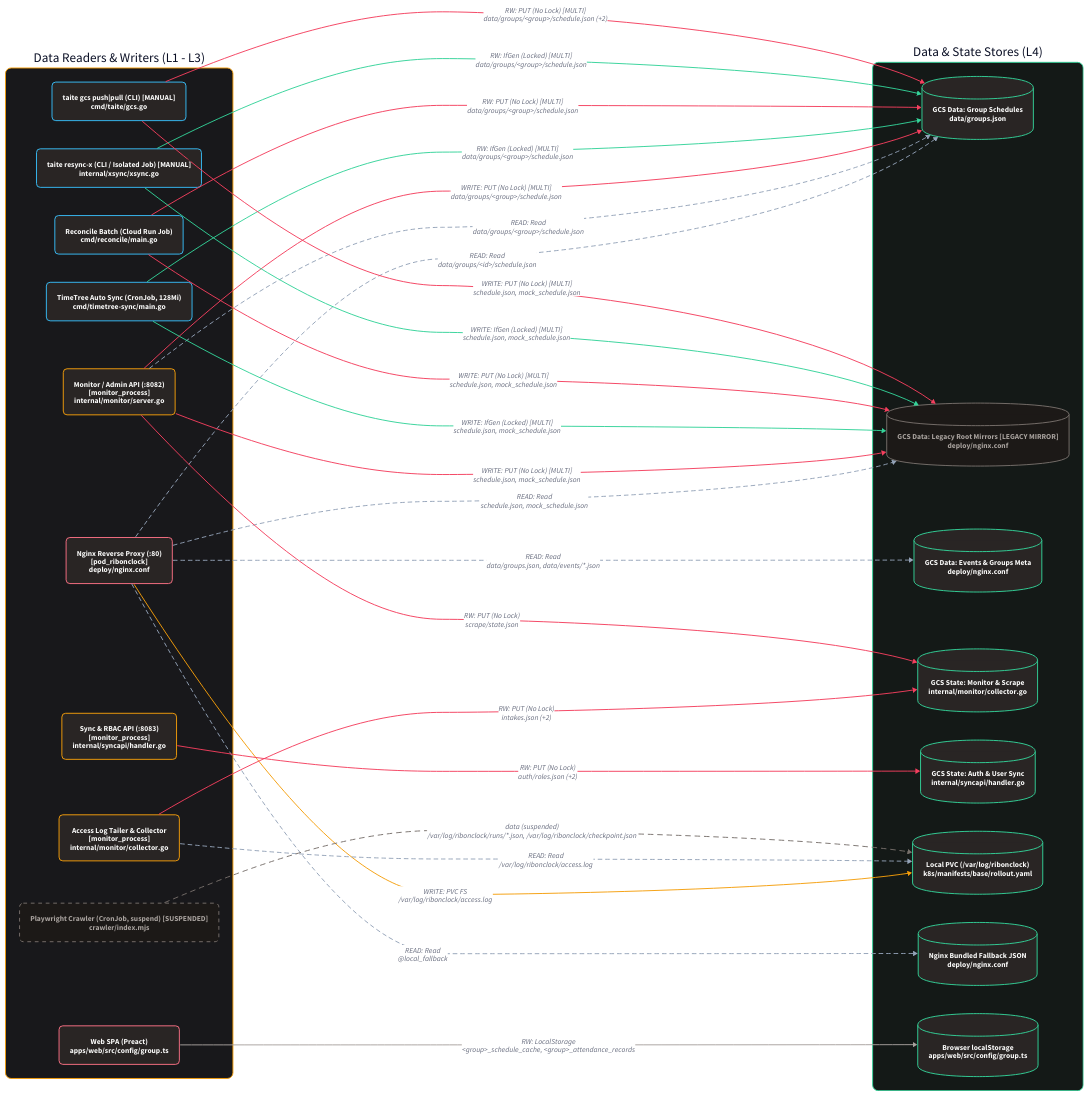
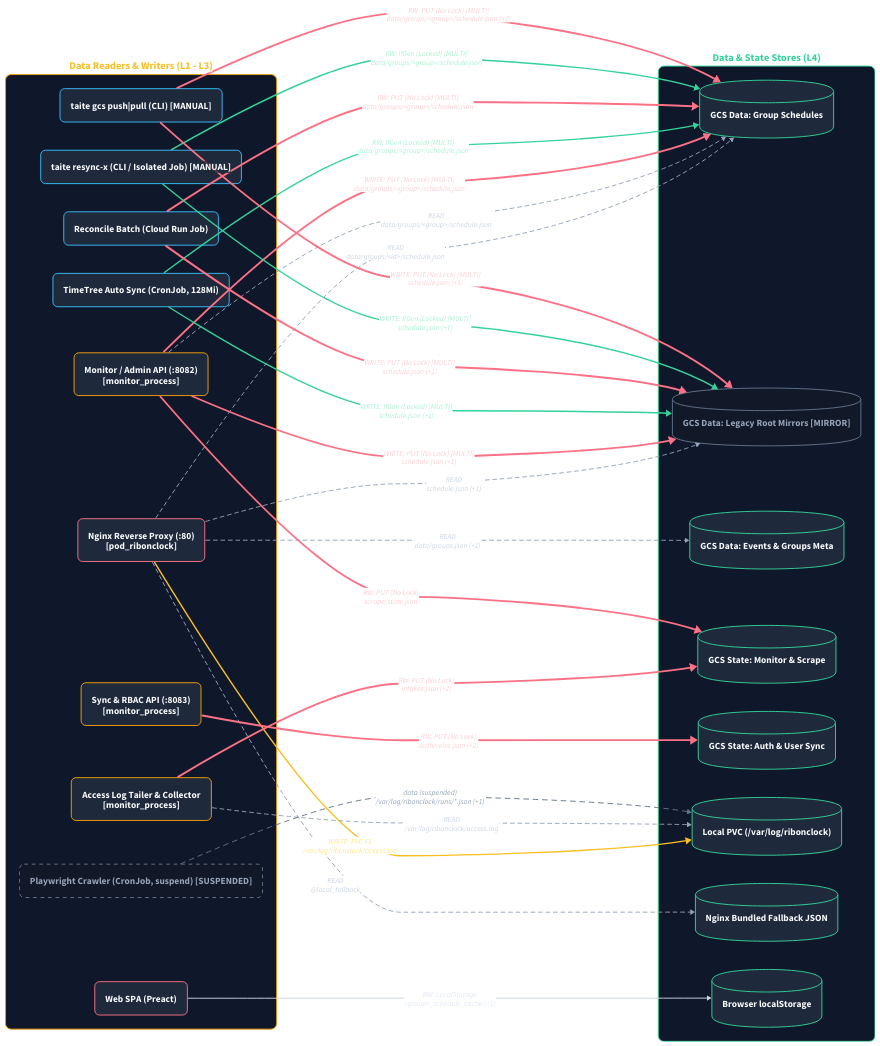
Before and after one commit to AobaIwaki123/taite-board: the diagram in docs/graph-dataflow.d2, drawn with D2. The commit also changed 6 other files, not shown here.

```diff
--- a/docs/graph-dataflow.d2
+++ b/docs/graph-dataflow.d2
@@ -2,224 +2,343 @@
 direction: right
 
 actors: "Data Readers & Writers (L1 - L3)" {
-  style.fill: "#18181b"
+  style.fill: "#0f172a"
   style.stroke: "#f59e0b"
+  style.stroke-width: 2
+  style.font-size: 22
+  style.bold: true
+  style.font-color: "#fbbf24"
   style.border-radius: 12
-  web_spa: "Web SPA (Preact)\napps/web/src/config/group.ts" {
+  web_spa: "Web SPA (Preact)" {
     shape: rectangle
-    style.border-radius: 8
-    style.fill: "#292524"
+    style.border-radius: 10
+    style.stroke-width: 2
+    style.font-size: 20
+    style.bold: true
+    style.fill: "#1e293b"
     style.stroke: "#fb7185"
-    style.font-color: "#fafaf9"
+    style.font-color: "#f8fafc"
   }
-  nginx_proxy: "Nginx Reverse Proxy (:80)\n[pod_ribonclock]\ndeploy/nginx.conf" {
+  nginx_proxy: "Nginx Reverse Proxy (:80)\n[pod_ribonclock]" {
     shape: rectangle
-    style.border-radius: 8
-    style.fill: "#292524"
+    style.border-radius: 10
+    style.stroke-width: 2
+    style.font-size: 20
+    style.bold: true
+    style.fill: "#1e293b"
     style.stroke: "#fb7185"
-    style.font-color: "#fafaf9"
+    style.font-color: "#f8fafc"
   }
-  monitor_api: "Monitor / Admin API (:8082)\n[monitor_process]\ninternal/monitor/server.go" {
+  monitor_api: "Monitor / Admin API (:8082)\n[monitor_process]" {
     shape: rectangle
-    style.border-radius: 8
-    style.fill: "#292524"
+    style.border-radius: 10
+    style.stroke-width: 2
+    style.font-size: 20
+    style.bold: true
+    style.fill: "#1e293b"
     style.stroke: "#f59e0b"
-    style.font-color: "#fafaf9"
+    style.font-color: "#f8fafc"
   }
-  sync_api: "Sync & RBAC API (:8083)\n[monitor_process]\ninternal/syncapi/handler.go" {
+  sync_api: "Sync & RBAC API (:8083)\n[monitor_process]" {
     shape: rectangle
-    style.border-radius: 8
-    style.fill: "#292524"
+    style.border-radius: 10
+    style.stroke-width: 2
+    style.font-size: 20
+    style.bold: true
+    style.fill: "#1e293b"
     style.stroke: "#f59e0b"
-    style.font-color: "#fafaf9"
+    style.font-color: "#f8fafc"
   }
-  log_tailer: "Access Log Tailer & Collector\n[monitor_process]\ninternal/monitor/collector.go" {
+  log_tailer: "Access Log Tailer & Collector\n[monitor_process]" {
     shape: rectangle
-    style.border-radius: 8
-    style.fill: "#292524"
+    style.border-radius: 10
+    style.stroke-width: 2
+    style.font-size: 20
+    style.bold: true
+    style.fill: "#1e293b"
     style.stroke: "#f59e0b"
-    style.font-color: "#fafaf9"
+    style.font-color: "#f8fafc"
   }
-  timetree_sync: "TimeTree Auto Sync (CronJob, 128Mi)\ncmd/timetree-sync/main.go" {
+  timetree_sync: "TimeTree Auto Sync (CronJob, 128Mi)" {
     shape: rectangle
-    style.border-radius: 8
-    style.fill: "#292524"
+    style.border-radius: 10
+    style.stroke-width: 2
+    style.font-size: 20
+    style.bold: true
+    style.fill: "#1e293b"
     style.stroke: "#38bdf8"
-    style.font-color: "#fafaf9"
+    style.font-color: "#f8fafc"
   }
-  taite_reconcile: "Reconcile Batch (Cloud Run Job)\ncmd/reconcile/main.go" {
+  taite_reconcile: "Reconcile Batch (Cloud Run Job)" {
     shape: rectangle
-    style.border-radius: 8
-    style.fill: "#292524"
+    style.border-radius: 10
+    style.stroke-width: 2
+    style.font-size: 20
+    style.bold: true
+    style.fill: "#1e293b"
     style.stroke: "#38bdf8"
-    style.font-color: "#fafaf9"
+    style.font-color: "#f8fafc"
   }
-  taite_resync_x: "taite resync-x (CLI / Isolated Job) [MANUAL]\ninternal/xsync/xsync.go" {
+  taite_resync_x: "taite resync-x (CLI / Isolated Job) [MANUAL]" {
     shape: rectangle
-    style.border-radius: 8
-    style.fill: "#292524"
+    style.border-radius: 10
+    style.stroke-width: 2
+    style.font-size: 20
+    style.bold: true
+    style.fill: "#1e293b"
     style.stroke: "#38bdf8"
-    style.font-color: "#fafaf9"
+    style.font-color: "#f8fafc"
   }
-  taite_gcs_cli: "taite gcs push|pull (CLI) [MANUAL]\ncmd/taite/gcs.go" {
+  taite_gcs_cli: "taite gcs push|pull (CLI) [MANUAL]" {
     shape: rectangle
-    style.border-radius: 8
-    style.fill: "#292524"
+    style.border-radius: 10
+    style.stroke-width: 2
+    style.font-size: 20
+    style.bold: true
+    style.fill: "#1e293b"
     style.stroke: "#38bdf8"
-    style.font-color: "#fafaf9"
+    style.font-color: "#f8fafc"
   }
-  crawler_cron: "Playwright Crawler (CronJob, suspend) [SUSPENDED]\ncrawler/index.mjs" {
+  crawler_cron: "Playwright Crawler (CronJob, suspend) [SUSPENDED]" {
     shape: rectangle
-    style.border-radius: 8
-    style.fill: "#1c1917"
-    style.stroke: "#78716c"
-    style.font-color: "#a8a29e"
+    style.border-radius: 10
+    style.stroke-width: 2
+    style.font-size: 20
+    style.bold: true
+    style.fill: "#111827"
+    style.stroke: "#64748b"
+    style.font-color: "#94a3b8"
     style.stroke-dash: 4
   }
 }
 
 stores: "Data & State Stores (L4)" {
-  style.fill: "#141917"
+  style.fill: "#0f172a"
   style.stroke: "#34d399"
+  style.stroke-width: 2
+  style.font-size: 22
+  style.bold: true
+  style.font-color: "#34d399"
   style.border-radius: 12
-  gcs_data_groups: "GCS Data: Group Schedules\ndata/groups.json" {
+  gcs_data_groups: "GCS Data: Group Schedules" {
     shape: cylinder
-    style.border-radius: 8
-    style.fill: "#292524"
+    style.border-radius: 10
+    style.stroke-width: 2
+    style.font-size: 20
+    style.bold: true
+    style.fill: "#1e293b"
     style.stroke: "#34d399"
-    style.font-color: "#fafaf9"
+    style.font-color: "#f8fafc"
   }
-  gcs_data_mirrors: "GCS Data: Legacy Root Mirrors [LEGACY MIRROR]\ndeploy/nginx.conf" {
+  gcs_data_mirrors: "GCS Data: Legacy Root Mirrors [MIRROR]" {
     shape: cylinder
-    style.border-radius: 8
-    style.fill: "#1c1917"
-    style.stroke: "#78716c"
-    style.font-color: "#a8a29e"
+    style.border-radius: 10
+    style.stroke-width: 2
+    style.font-size: 20
+    style.bold: true
+    style.fill: "#111827"
+    style.stroke: "#64748b"
+    style.font-color: "#94a3b8"
   }
-  gcs_data_events: "GCS Data: Events & Groups Meta\ndeploy/nginx.conf" {
+  gcs_data_events: "GCS Data: Events & Groups Meta" {
     shape: cylinder
-    style.border-radius: 8
-    style.fill: "#292524"
+    style.border-radius: 10
+    style.stroke-width: 2
+    style.font-size: 20
+    style.bold: true
+    style.fill: "#1e293b"
     style.stroke: "#34d399"
-    style.font-color: "#fafaf9"
+    style.font-color: "#f8fafc"
   }
-  gcs_state_monitor: "GCS State: Monitor & Scrape\ninternal/monitor/collector.go" {
+  gcs_state_monitor: "GCS State: Monitor & Scrape" {
     shape: cylinder
-    style.border-radius: 8
-    style.fill: "#292524"
+    style.border-radius: 10
+    style.stroke-width: 2
+    style.font-size: 20
+    style.bold: true
+    style.fill: "#1e293b"
     style.stroke: "#34d399"
-    style.font-color: "#fafaf9"
+    style.font-color: "#f8fafc"
   }
-  gcs_state_auth: "GCS State: Auth & User Sync\ninternal/syncapi/handler.go" {
+  gcs_state_auth: "GCS State: Auth & User Sync" {
     shape: cylinder
-    style.border-radius: 8
-    style.fill: "#292524"
+    style.border-radius: 10
+    style.stroke-width: 2
+    style.font-size: 20
+    style.bold: true
+    style.fill: "#1e293b"
     style.stroke: "#34d399"
-    style.font-color: "#fafaf9"
+    style.font-color: "#f8fafc"
   }
-  local_pvc: "Local PVC (/var/log/ribonclock)\nk8s/manifests/base/rollout.yaml" {
+  local_pvc: "Local PVC (/var/log/ribonclock)" {
     shape: cylinder
-    style.border-radius: 8
-    style.fill: "#292524"
+    style.border-radius: 10
+    style.stroke-width: 2
+    style.font-size: 20
+    style.bold: true
+    style.fill: "#1e293b"
     style.stroke: "#34d399"
-    style.font-color: "#fafaf9"
+    style.font-color: "#f8fafc"
   }
-  nginx_bundled_fallback: "Nginx Bundled Fallback JSON\ndeploy/nginx.conf" {
+  nginx_bundled_fallback: "Nginx Bundled Fallback JSON" {
     shape: cylinder
-    style.border-radius: 8
-    style.fill: "#292524"
+    style.border-radius: 10
+    style.stroke-width: 2
+    style.font-size: 20
+    style.bold: true
+    style.fill: "#1e293b"
     style.stroke: "#34d399"
-    style.font-color: "#fafaf9"
+    style.font-color: "#f8fafc"
   }
-  browser_local_storage: "Browser localStorage\napps/web/src/config/group.ts" {
+  browser_local_storage: "Browser localStorage" {
     shape: cylinder
-    style.border-radius: 8
-    style.fill: "#292524"
+    style.border-radius: 10
+    style.stroke-width: 2
+    style.font-size: 20
+    style.bold: true
+    style.fill: "#1e293b"
     style.stroke: "#34d399"
-    style.font-color: "#fafaf9"
+    style.font-color: "#f8fafc"
   }
 }
 
 # Store Access Edges (Actor -> Store)
-actors.web_spa -> stores.browser_local_storage: "RW: LocalStorage\n<group>_schedule_cache, <group>_attendance_records" {
-  style.stroke: "#a8a29e"
+actors.web_spa -> stores.browser_local_storage: "RW: LocalStorage\n<group>_schedule_cache (+1)" {
+  style.stroke: "#cbd5e1"
+  style.stroke-width: 2
+  style.font-size: 16
+  style.font-color: "#e2e8f0"
 }
-actors.nginx_proxy -> stores.gcs_data_groups: "READ: Read\ndata/groups/<id>/schedule.json" {
+actors.nginx_proxy -> stores.gcs_data_groups: "READ\ndata/groups/<id>/schedule.json" {
   style.stroke: "#94a3b8"
+  style.stroke-width: 2
+  style.font-size: 16
+  style.font-color: "#cbd5e1"
   style.stroke-dash: 4
 }
-actors.nginx_proxy -> stores.gcs_data_mirrors: "READ: Read\nschedule.json, mock_schedule.json" {
+actors.nginx_proxy -> stores.gcs_data_mirrors: "READ\nschedule.json (+1)" {
   style.stroke: "#94a3b8"
+  style.stroke-width: 2
+  style.font-size: 16
+  style.font-color: "#cbd5e1"
   style.stroke-dash: 4
 }
-actors.nginx_proxy -> stores.gcs_data_events: "READ: Read\ndata/groups.json, data/events/*.json" {
+actors.nginx_proxy -> stores.gcs_data_events: "READ\ndata/groups.json (+1)" {
   style.stroke: "#94a3b8"
+  style.stroke-width: 2
+  style.font-size: 16
+  style.font-color: "#cbd5e1"
   style.stroke-dash: 4
 }
-actors.nginx_proxy -> stores.nginx_bundled_fallback: "READ: Read\n@local_fallback" {
+actors.nginx_proxy -> stores.nginx_bundled_fallback: "READ\n@local_fallback" {
   style.stroke: "#94a3b8"
+  style.stroke-width: 2
+  style.font-size: 16
+  style.font-color: "#cbd5e1"
   style.stroke-dash: 4
 }
 actors.nginx_proxy -> stores.local_pvc: "WRITE: PVC FS\n/var/log/ribonclock/access.log" {
-  style.stroke: "#f59e0b"
+  style.stroke: "#fbbf24"
+  style.stroke-width: 3
+  style.font-size: 16
+  style.font-color: "#fde68a"
 }
-actors.log_tailer -> stores.local_pvc: "READ: Read\n/var/log/ribonclock/access.log" {
+actors.log_tailer -> stores.local_pvc: "READ\n/var/log/ribonclock/access.log" {
   style.stroke: "#94a3b8"
+  style.stroke-width: 2
+  style.font-size: 16
+  style.font-color: "#cbd5e1"
   style.stroke-dash: 4
 }
 actors.log_tailer -> stores.gcs_state_monitor: "RW: PUT (No Lock)\nintakes.json (+2)" {
-  style.stroke: "#f43f5e"
+  style.stroke: "#fb7185"
+  style.stroke-width: 4
+  style.font-size: 16
+  style.font-color: "#fecdd3"
+}
+actors.monitor_api -> stores.gcs_data_groups: "READ\ndata/groups/<group>/schedule.json" {
+  style.stroke: "#94a3b8"
   style.stroke-width: 2
-}
-actors.monitor_api -> stores.gcs_data_groups: "READ: Read\ndata/groups/<group>/schedule.json" {
-  style.stroke: "#94a3b8"
+  style.font-size: 16
+  style.font-color: "#cbd5e1"
   style.stroke-dash: 4
 }
 actors.monitor_api -> stores.gcs_data_groups: "WRITE: PUT (No Lock) [MULTI]\ndata/groups/<group>/schedule.json" {
-  style.stroke: "#f43f5e"
-  style.stroke-width: 2
+  style.stroke: "#fb7185"
+  style.stroke-width: 4
+  style.font-size: 16
+  style.font-color: "#fecdd3"
 }
-actors.monitor_api -> stores.gcs_data_mirrors: "WRITE: PUT (No Lock) [MULTI]\nschedule.json, mock_schedule.json" {
-  style.stroke: "#f43f5e"
-  style.stroke-width: 2
+actors.monitor_api -> stores.gcs_data_mirrors: "WRITE: PUT (No Lock) [MULTI]\nschedule.json (+1)" {
+  style.stroke: "#fb7185"
+  style.stroke-width: 4
+  style.font-size: 16
+  style.font-color: "#fecdd3"
 }
 actors.monitor_api -> stores.gcs_state_monitor: "RW: PUT (No Lock)\nscrape/state.json" {
-  style.stroke: "#f43f5e"
-  style.stroke-width: 2
+  style.stroke: "#fb7185"
+  style.stroke-width: 4
+  style.font-size: 16
+  style.font-color: "#fecdd3"
 }
 actors.sync_api -> stores.gcs_state_auth: "RW: PUT (No Lock)\nauth/roles.json (+2)" {
-  style.stroke: "#f43f5e"
-  style.stroke-width: 2
+  style.stroke: "#fb7185"
+  style.stroke-width: 4
+  style.font-size: 16
+  style.font-color: "#fecdd3"
 }
 actors.timetree_sync -> stores.gcs_data_groups: "RW: IfGen (Locked) [MULTI]\ndata/groups/<group>/schedule.json" {
   style.stroke: "#34d399"
+  style.stroke-width: 3
+  style.font-size: 16
+  style.font-color: "#a7f3d0"
 }
-actors.timetree_sync -> stores.gcs_data_mirrors: "WRITE: IfGen (Locked) [MULTI]\nschedule.json, mock_schedule.json" {
+actors.timetree_sync -> stores.gcs_data_mirrors: "WRITE: IfGen (Locked) [MULTI]\nschedule.json (+1)" {
   style.stroke: "#34d399"
+  style.stroke-width: 3
+  style.font-size: 16
+  style.font-color: "#a7f3d0"
 }
 actors.taite_reconcile -> stores.gcs_data_groups: "RW: PUT (No Lock) [MULTI]\ndata/groups/<group>/schedule.json" {
-  style.stroke: "#f43f5e"
-  style.stroke-width: 2
+  style.stroke: "#fb7185"
+  style.stroke-width: 4
+  style.font-size: 16
+  style.font-color: "#fecdd3"
 }
-actors.taite_reconcile -> stores.gcs_data_mirrors: "WRITE: PUT (No Lock) [MULTI]\nschedule.json, mock_schedule.json" {
-  style.stroke: "#f43f5e"
-  style.stroke-width: 2
+actors.taite_reconcile -> stores.gcs_data_mirrors: "WRITE: PUT (No Lock) [MULTI]\nschedule.json (+1)" {
+  style.stroke: "#fb7185"
+  style.stroke-width: 4
+  style.font-size: 16
+  style.font-color: "#fecdd3"
 }
 actors.taite_resync_x -> stores.gcs_data_groups: "RW: IfGen (Locked) [MULTI]\ndata/groups/<group>/schedule.json" {
   style.stroke: "#34d399"
+  style.stroke-width: 3
+  style.font-size: 16
+  style.font-color: "#a7f3d0"
 }
-actors.taite_resync_x -> stores.gcs_data_mirrors: "WRITE: IfGen (Locked) [MULTI]\nschedule.json, mock_schedule.json" {
+actors.taite_resync_x -> stores.gcs_data_mirrors: "WRITE: IfGen (Locked) [MULTI]\nschedule.json (+1)" {
   style.stroke: "#34d399"
+  style.stroke-width: 3
+  style.font-size: 16
+  style.font-color: "#a7f3d0"
 }
 actors.taite_gcs_cli -> stores.gcs_data_groups: "RW: PUT (No Lock) [MULTI]\ndata/groups/<group>/schedule.json (+2)" {
-  style.stroke: "#f43f5e"
+  style.stroke: "#fb7185"
+  style.stroke-width: 4
+  style.font-size: 16
+  style.font-color: "#fecdd3"
+}
+actors.taite_gcs_cli -> stores.gcs_data_mirrors: "WRITE: PUT (No Lock) [MULTI]\nschedule.json (+1)" {
+  style.stroke: "#fb7185"
+  style.stroke-width: 4
+  style.font-size: 16
+  style.font-color: "#fecdd3"
+}
+actors.crawler_cron -> stores.local_pvc: "data (suspended)\n/var/log/ribonclock/runs/*.json (+1)" {
+  style.stroke: "#64748b"
   style.stroke-width: 2
-}
-actors.taite_gcs_cli -> stores.gcs_data_mirrors: "WRITE: PUT (No Lock) [MULTI]\nschedule.json, mock_schedule.json" {
-  style.stroke: "#f43f5e"
-  style.stroke-width: 2
-}
-actors.crawler_cron -> stores.local_pvc: "data (suspended)\n/var/log/ribonclock/runs/*.json, /var/log/ribonclock/checkpoint.json" {
-  style.stroke: "#78716c"
+  style.font-size: 16
+  style.font-color: "#94a3b8"
   style.stroke-dash: 5
 }
```
